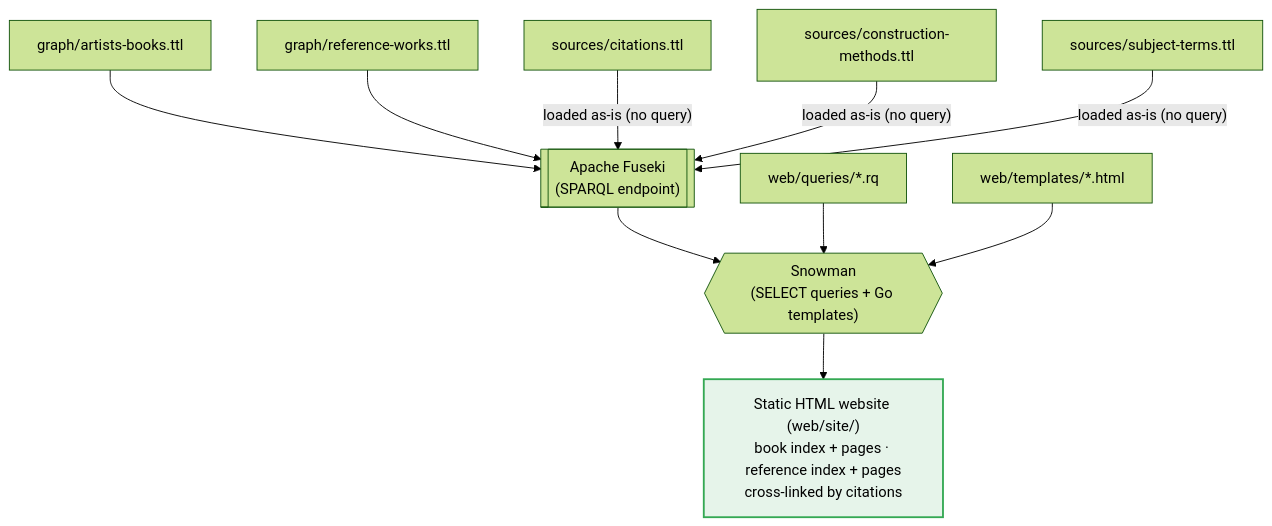
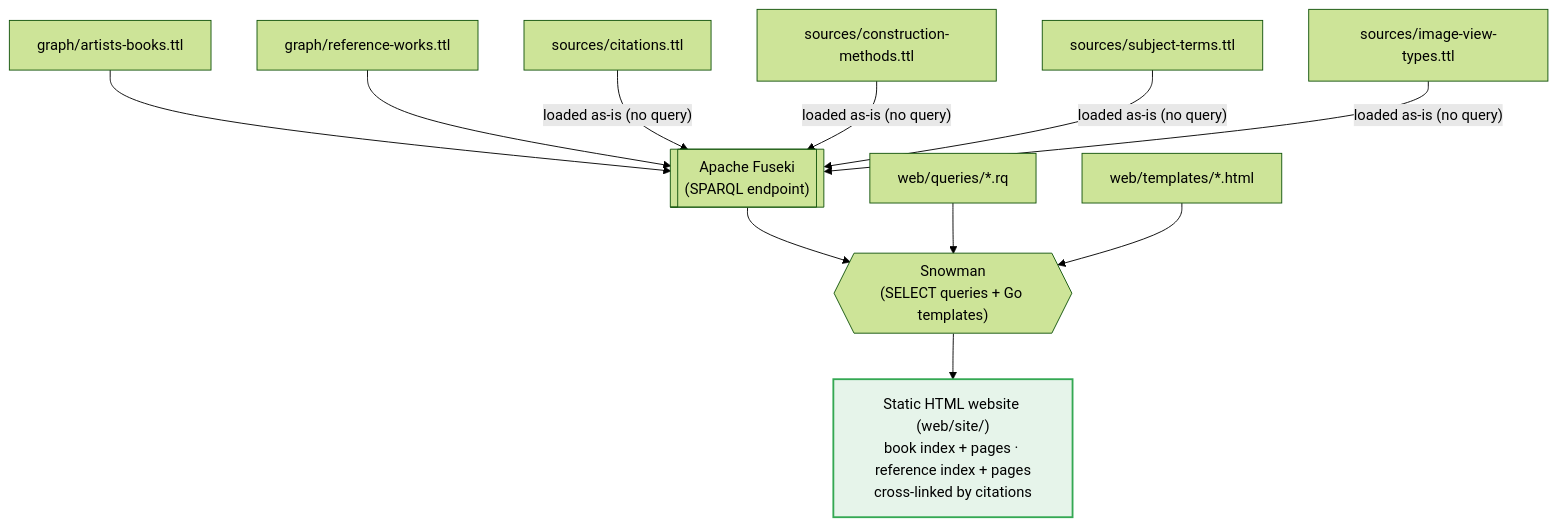
Before and after one commit to dkglab/artists-books: the fifth of 5 diagrams in docs/PIPELINE.md, drawn with Mermaid (forest theme). The commit also changed other lines of this file and 1 other file, not shown here.

First line of the commit message:
docs: document the image track in CLAUDE.md and PIPELINE.md (#9)

````diff
--- a/docs/PIPELINE.md
+++ b/docs/PIPELINE.md
@@ -182,22 +203,24 @@
 ```mermaid
 flowchart TD
     abttl["graph/artists-books.ttl"]
     refttl["graph/reference-works.ttl"]
     citttl["sources/citations.ttl"]
     cmttl["sources/construction-methods.ttl"]
     smttl["sources/subject-terms.ttl"]
+    ivttl["sources/image-view-types.ttl"]
 
     abttl --> fuseki[["Apache Fuseki<br/>(SPARQL endpoint)"]]
     refttl --> fuseki
     citttl -->|"loaded as-is (no query)"| fuseki
     cmttl -->|"loaded as-is (no query)"| fuseki
     smttl -->|"loaded as-is (no query)"| fuseki
+    ivttl -->|"loaded as-is (no query)"| fuseki
 
     fuseki --> snowman{{"Snowman<br/>(SELECT queries + Go templates)"}}
     selects["web/queries/*.rq"] --> snowman
     templates["web/templates/*.html"] --> snowman
     snowman --> site["Static HTML website (web/site/)<br/>book index + pages · reference index + pages<br/>cross-linked by citations"]
 
     classDef output fill:#e6f4ea,stroke:#34a853,stroke-width:2px;
     class site output;
 ```
````
